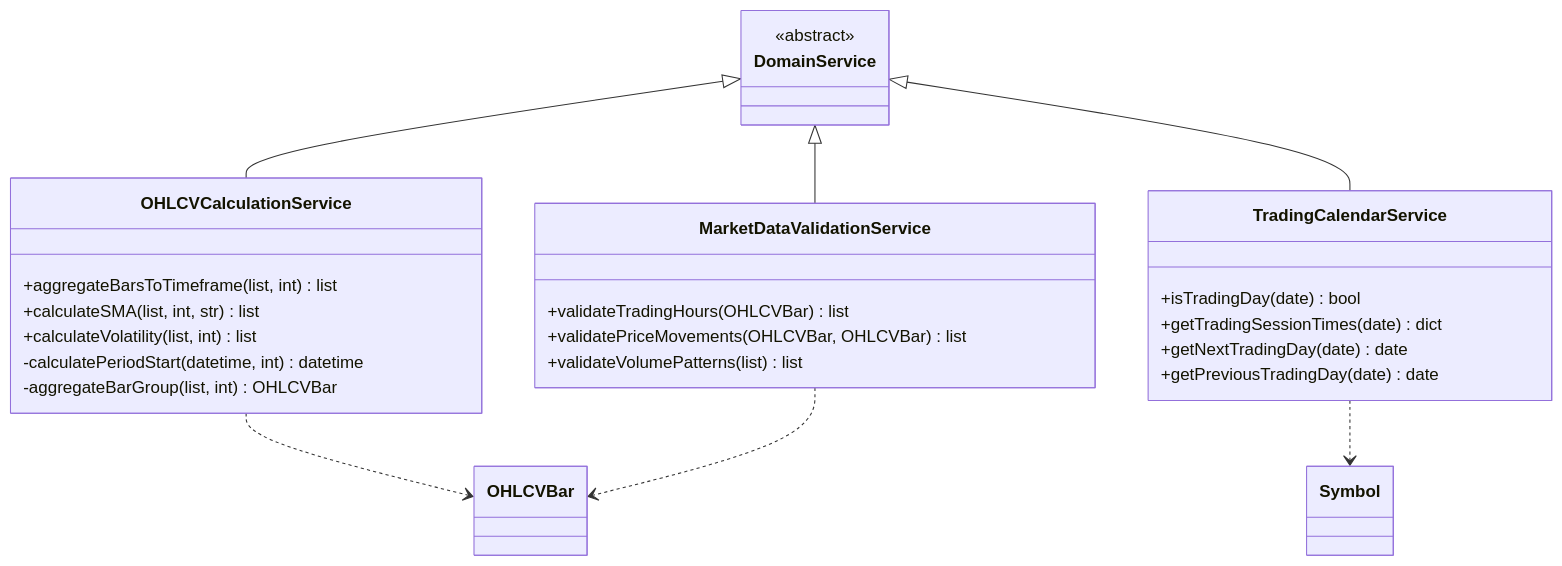
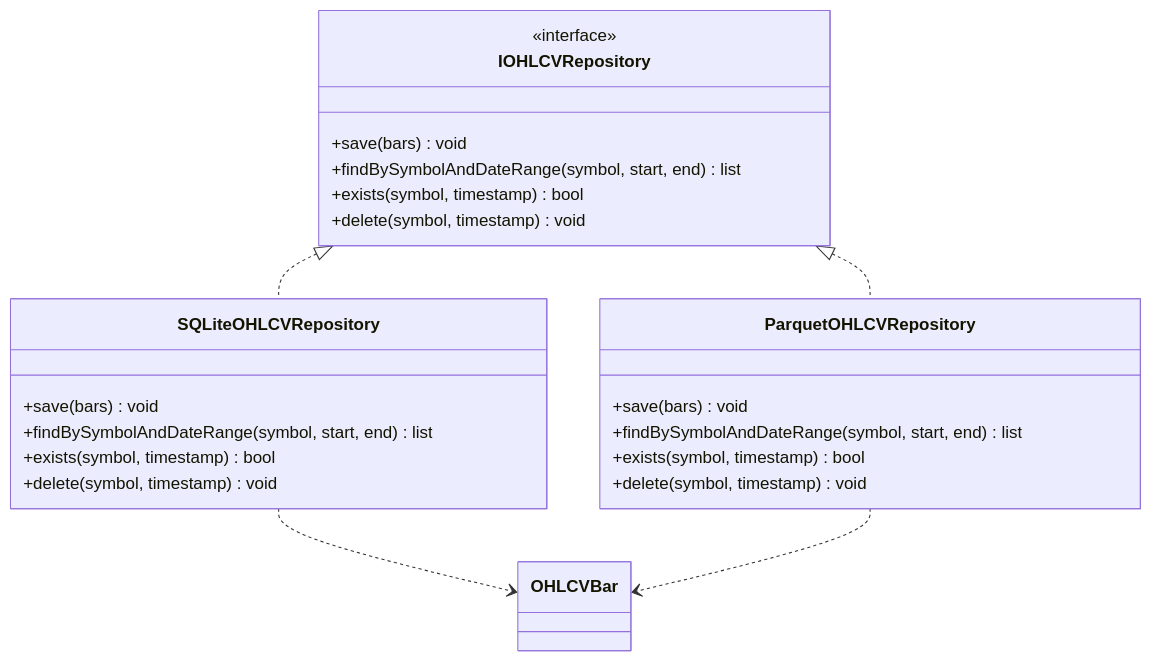
Before and after one commit to joeyda3rd/MarketPipe: the fifth of 5 diagrams in docs/domain_model_diagram.md, drawn with Mermaid. The commit also changed other lines of this file and 7 other files, not shown here.

````diff
--- a/docs/domain_model_diagram.md
+++ b/docs/domain_model_diagram.md
@@ -277,35 +319,30 @@
 ```mermaid
 classDiagram
-    class DomainService {
-        <<abstract>>
+    class IOHLCVRepository {
+        <<interface>>
+        +save(bars) void
+        +findBySymbolAndDateRange(symbol, start, end) list
+        +exists(symbol, timestamp) bool
+        +delete(symbol, timestamp) void
     }
     
-    class OHLCVCalculationService {
-        +aggregateBarsToTimeframe(list, int) list
-        +calculateSMA(list, int, str) list
-        +calculateVolatility(list, int) list
-        -calculatePeriodStart(datetime, int) datetime
-        -aggregateBarGroup(list, int) OHLCVBar
+    class SQLiteOHLCVRepository {
+        +save(bars) void
+        +findBySymbolAndDateRange(symbol, start, end) list
+        +exists(symbol, timestamp) bool
+        +delete(symbol, timestamp) void
     }
     
-    class MarketDataValidationService {
-        +validateTradingHours(OHLCVBar) list
-        +validatePriceMovements(OHLCVBar, OHLCVBar) list
-        +validateVolumePatterns(list) list
+    class ParquetOHLCVRepository {
+        +save(bars) void
+        +findBySymbolAndDateRange(symbol, start, end) list
+        +exists(symbol, timestamp) bool
+        +delete(symbol, timestamp) void
     }
     
-    class TradingCalendarService {
-        +isTradingDay(date) bool
-        +getTradingSessionTimes(date) dict
-        +getNextTradingDay(date) date
-        +getPreviousTradingDay(date) date
-    }
+    IOHLCVRepository <|.. SQLiteOHLCVRepository
+    IOHLCVRepository <|.. ParquetOHLCVRepository
     
-    DomainService <|-- OHLCVCalculationService
-    DomainService <|-- MarketDataValidationService
-    DomainService <|-- TradingCalendarService
-    
-    OHLCVCalculationService ..> OHLCVBar
-    MarketDataValidationService ..> OHLCVBar
-    TradingCalendarService ..> Symbol
+    SQLiteOHLCVRepository ..> OHLCVBar
+    ParquetOHLCVRepository ..> OHLCVBar
 ```
````
